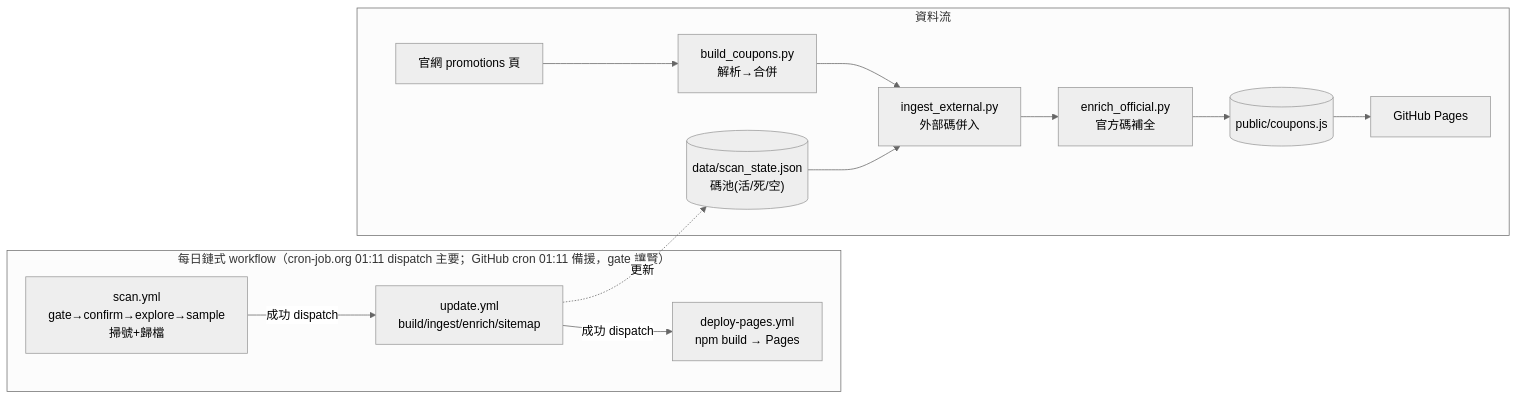
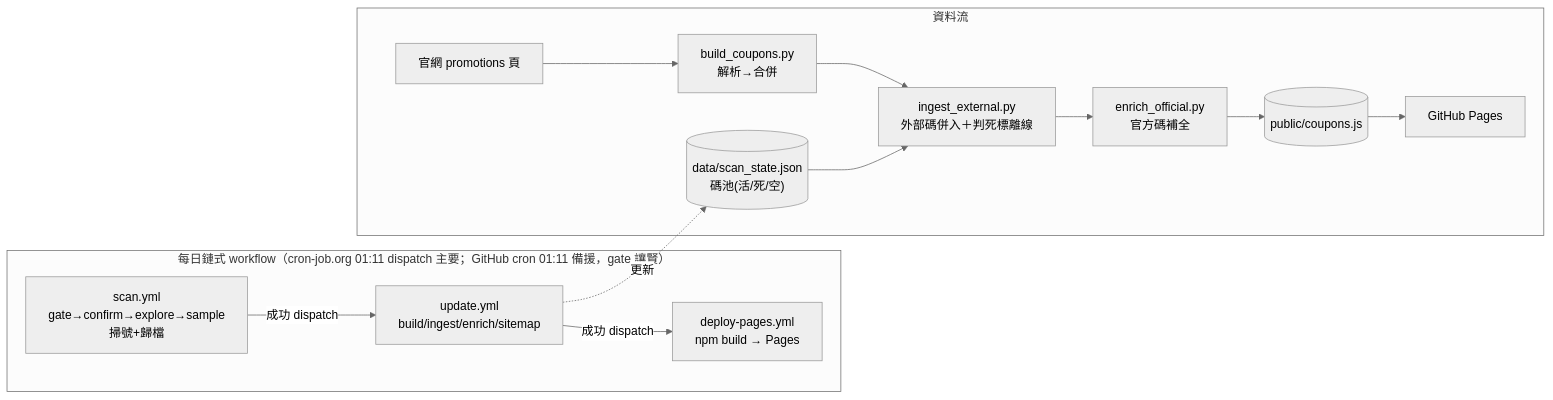
The first of 2 diagrams in docs/workflow.md (happk/HutDeals), drawn with Mermaid (neutral theme) before and after one commit. The commit also changed other lines of this file and 19 other files, not shown here.

````diff
--- a/docs/workflow.md
+++ b/docs/workflow.md
@@ -8,17 +9,17 @@
 ```mermaid
 flowchart LR
   subgraph 每日CI["每日鏈式 workflow（cron-job.org 01:11 dispatch 主要；GitHub cron 01:11 備援，gate 讓賢）"]
     SCAN["scan.yml<br/>gate→confirm→explore→sample<br/>掃號+歸檔"] -->|"成功 dispatch"| UPDATE["update.yml<br/>build/ingest/enrich/sitemap"]
     UPDATE -->|"成功 dispatch"| DEPLOY["deploy-pages.yml<br/>npm build → Pages"]
   end
 
   subgraph 資料流["資料流"]
     OFF["官網 promotions 頁"] --> BUILD["build_coupons.py<br/>解析→合併"]
-    STATE[("data/scan_state.json<br/>碼池(活/死/空)")] --> INGEST["ingest_external.py<br/>外部碼併入"]
+    STATE[("data/scan_state.json<br/>碼池(活/死/空)")] --> INGEST["ingest_external.py<br/>外部碼併入＋判死標離線"]
     BUILD --> INGEST
     INGEST --> ENRICH["enrich_official.py<br/>官方碼補全"]
     ENRICH --> OUT[("public/coupons.js")]
     OUT --> PAGES["GitHub Pages"]
   end
   UPDATE -.更新.-> STATE
 ```
````
